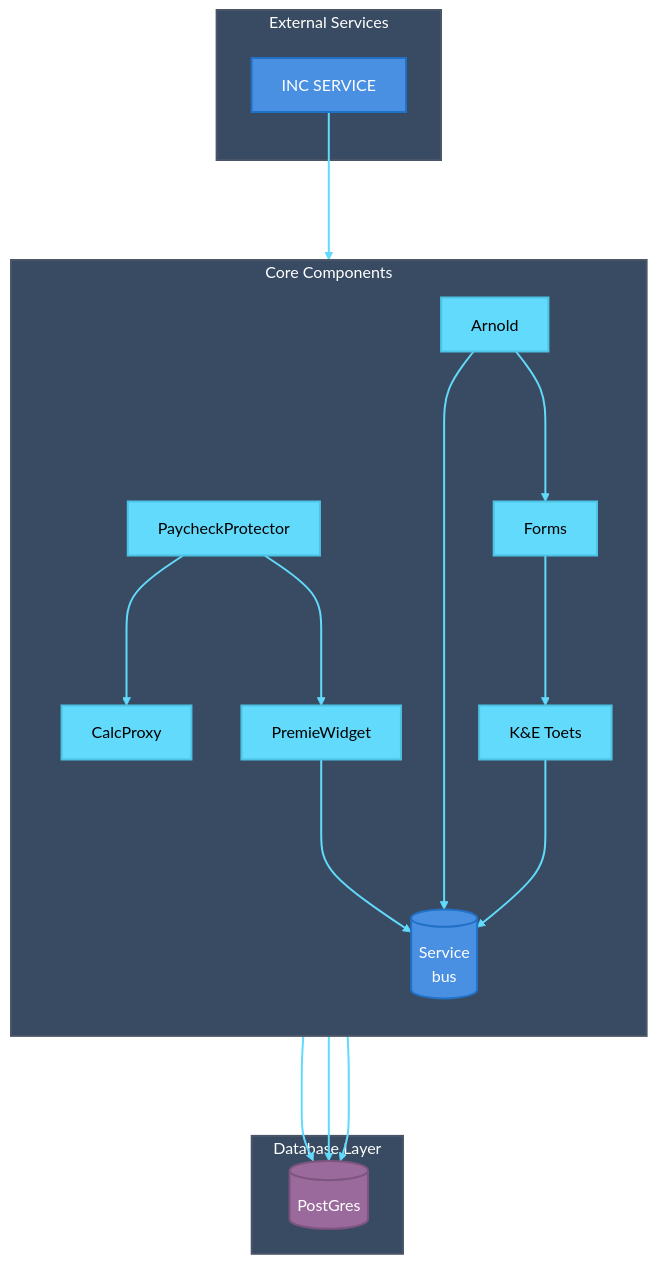
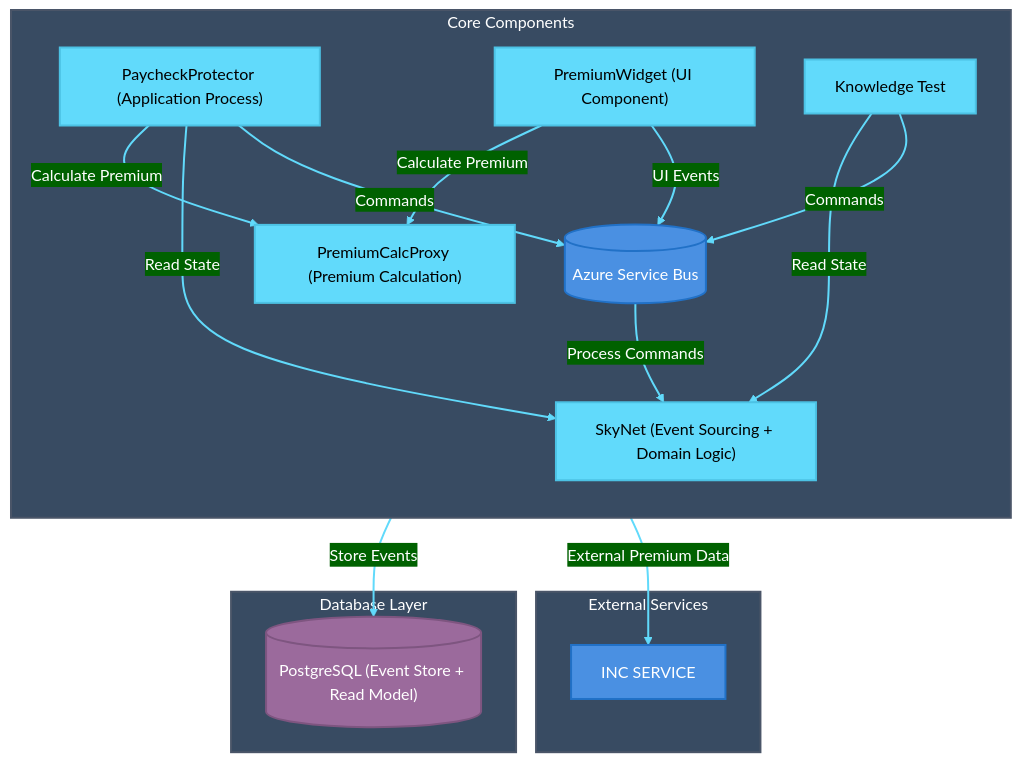
The diagram in architecture.md (MatthijsRademaker/Skynet), drawn with Mermaid before and after one commit. The commit also changed 21 other files, not shown here.

````diff
--- a/architecture.md
+++ b/architecture.md
@@ -1,79 +1,63 @@
 ```mermaid
 
   %%{init: {
   'theme': 'base',
   'themeVariables': {
     'fontFamily': 'arial',
     'primaryColor': '#384B62',
     'primaryTextColor': '#fff',
     'primaryBorderColor': '#fff',
     'lineColor': '#61dafb',
     'secondaryColor': '#006100',
     'tertiaryColor': '#fff'
   }
 }}%%
 
 flowchart TB
-    %% Added spacing with empty nodes
-    subgraph Space1[" "]
-        style Space1 fill:none,stroke:none
-        SPACE1[" "]
-        style SPACE1 fill:none,stroke:none
-    end
-
     subgraph External["External Services"]
         INC["INC SERVICE"]
         style INC fill:#4A90E2,stroke:#2171C7,stroke-width:2px,color:#fff
     end
 
-    subgraph Space2[" "]
-        style Space2 fill:none,stroke:none
-        SPACE2[" "]
-        style SPACE2 fill:none,stroke:none
-    end
-
     subgraph Database["Database Layer"]
-        DB[("PostGres")]
+        DB[("PostgreSQL (Event Store + Read Model)")]
         style DB fill:#9B6A9C,stroke:#7E5580,stroke-width:2px,color:#fff
     end
 
     subgraph Components["Core Components"]
         direction TB
-        AR["Arnold"]
-        PP["PaycheckProtector"]
-        CP["CalcProxy"]
-        PW["PremieWidget"]
-        KT["K&E Toets"]
-        SB[("Service\nbus")]
-        FM["Forms"]
+        SKYNET["SkyNet (Event Sourcing + Domain Logic)"]
+        PP["PaycheckProtector (Application Process)"]
+        CP["PremiumCalcProxy (Premium Calculation)"]
+        PW["PremiumWidget (UI Component)"]
+        KT["Knowledge Test"]
+        SB[("Azure Service Bus")]
 
-        style AR fill:#61DAFB,stroke:#4CC2E4,stroke-width:2px,color:#000
+        style SKYNET fill:#61DAFB,stroke:#4CC2E4,stroke-width:2px,color:#000
         style PP fill:#61DAFB,stroke:#4CC2E4,stroke-width:2px,color:#000
         style CP fill:#61DAFB,stroke:#4CC2E4,stroke-width:2px,color:#000
         style PW fill:#61DAFB,stroke:#4CC2E4,stroke-width:2px,color:#000
         style KT fill:#61DAFB,stroke:#4CC2E4,stroke-width:2px,color:#000
         style SB fill:#4A90E2,stroke:#2171C7,stroke-width:2px,color:#fff
-        style FM fill:#61DAFB,stroke:#4CC2E4,stroke-width:2px,color:#000
     end
 
-    %% Connections
-    PP ---> CP
-    PP ---> PW
-    PP ---> DB
-    AR ---> DB
-    AR ---> SB
-    PW ---> SB
-    KT ---> SB
-    KT ---> DB
-    FM ---> KT
-    INC ---> AR
-    AR ---> FM
+    %% Connections with labeled edges
+    PP -->|"Commands"| SB
+    SB -->|"Process Commands"| SKYNET
+    SKYNET -->|"Store Events"| DB
+    PP -->|"Read State"| SKYNET
+    PP -->|"Calculate Premium"| CP
+    PW -->|"UI Events"| SB
+    PW -->|"Calculate Premium"| CP
+    KT -->|"Commands"| SB
+    KT -->|"Read State"| SKYNET
+    CP -->|"External Premium Data"| INC
 
     %% Styling for subgraphs
     style External fill:#384B62,stroke:#4A5568,stroke-width:2px,color:#fff
     style Database fill:#384B62,stroke:#4A5568,stroke-width:2px,color:#fff
     style Components fill:#384B62,stroke:#4A5568,stroke-width:2px,color:#fff
 
     %% Link styling
     linkStyle default stroke:#61dafb,stroke-width:2px
 ```
````
